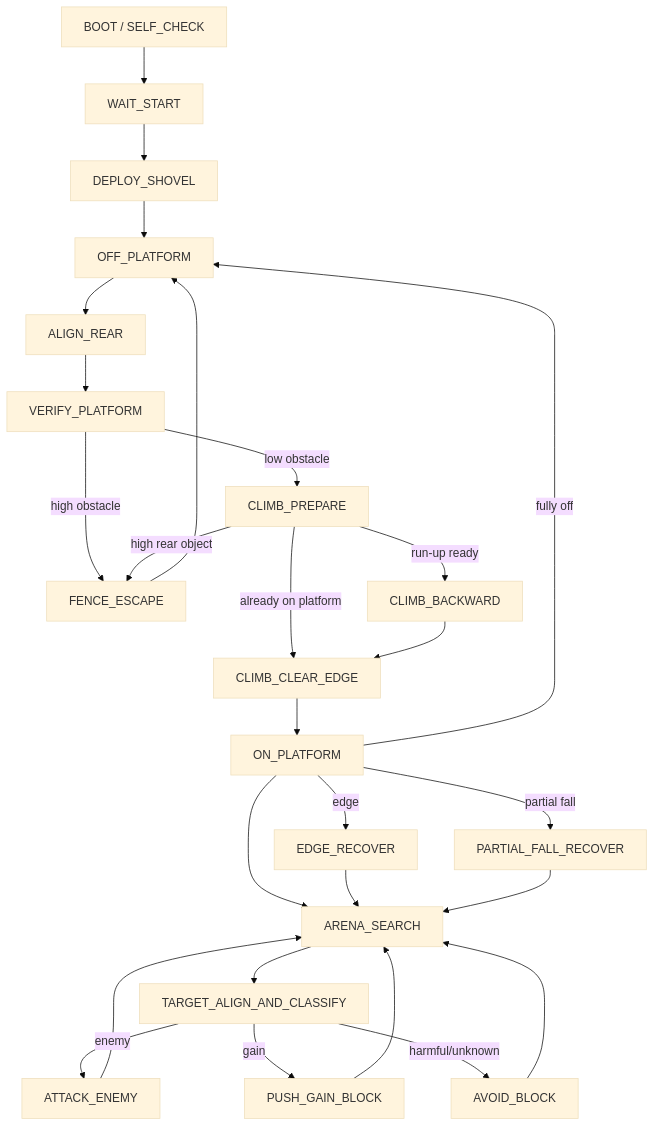
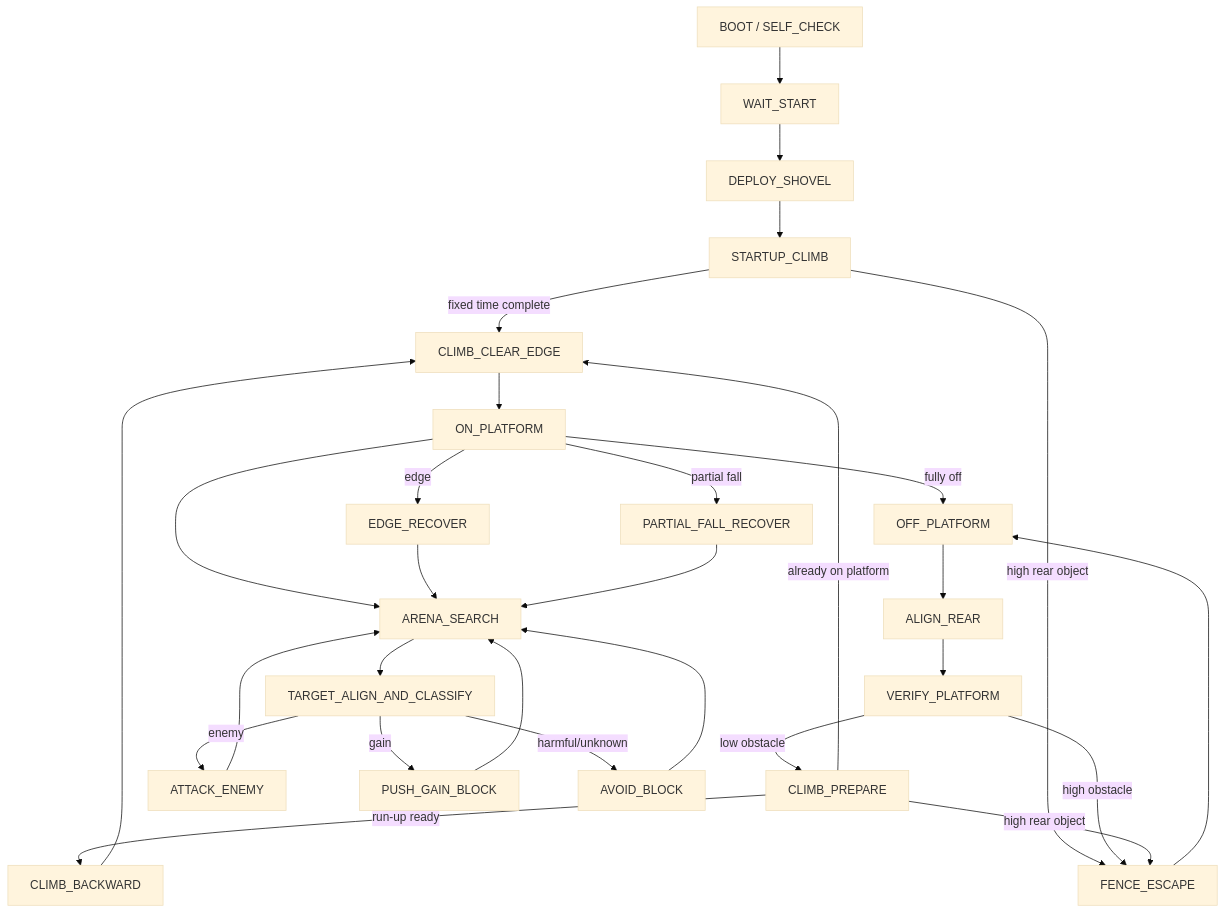
Before and after one commit to a-dreaming-alpaca/WheelFight: the diagram in 0_FinalSourceCode/BEHAVIOR_DESIGN.md, drawn with Mermaid (base theme). The commit also changed other lines of this file and 9 other files, not shown here.

````diff
--- a/0_FinalSourceCode/BEHAVIOR_DESIGN.md
+++ b/0_FinalSourceCode/BEHAVIOR_DESIGN.md
@@ -175,29 +175,31 @@
 ```mermaid
 flowchart TD
     BOOT["BOOT / SELF_CHECK"] --> WAIT["WAIT_START"]
     WAIT --> DEPLOY["DEPLOY_SHOVEL"]
-    DEPLOY --> GROUND["OFF_PLATFORM"]
-    GROUND --> ALIGN["ALIGN_REAR"]
+    DEPLOY --> STARTUP["STARTUP_CLIMB"]
+    STARTUP -->|"fixed time complete"| CLEAR["CLIMB_CLEAR_EDGE"]
+    STARTUP -->|"high rear object"| FENCE["FENCE_ESCAPE"]
+    GROUND["OFF_PLATFORM"] --> ALIGN["ALIGN_REAR"]
     ALIGN --> VERIFY["VERIFY_PLATFORM"]
     VERIFY -->|"low obstacle"| PREPARE["CLIMB_PREPARE"]
-    VERIFY -->|"high obstacle"| FENCE["FENCE_ESCAPE"]
+    VERIFY -->|"high obstacle"| FENCE
     PREPARE -->|"run-up ready"| CLIMB["CLIMB_BACKWARD"]
     PREPARE -->|"high rear object"| FENCE
-    PREPARE -->|"already on platform"| CLEAR["CLIMB_CLEAR_EDGE"]
+    PREPARE -->|"already on platform"| CLEAR
     FENCE --> GROUND
     CLIMB --> CLEAR
     CLEAR --> ARENA["ON_PLATFORM"]
     ARENA --> SEARCH["ARENA_SEARCH"]
     SEARCH --> TARGET["TARGET_ALIGN_AND_CLASSIFY"]
     TARGET -->|"enemy"| ATTACK["ATTACK_ENEMY"]
     TARGET -->|"gain"| PUSH["PUSH_GAIN_BLOCK"]
     TARGET -->|"harmful/unknown"| AVOID["AVOID_BLOCK"]
     ATTACK --> SEARCH
     PUSH --> SEARCH
     AVOID --> SEARCH
     ARENA -->|"edge"| EDGE["EDGE_RECOVER"]
     EDGE --> SEARCH
     ARENA -->|"partial fall"| PARTIAL["PARTIAL_FALL_RECOVER"]
     PARTIAL --> SEARCH
     ARENA -->|"fully off"| GROUND
 ```
````
